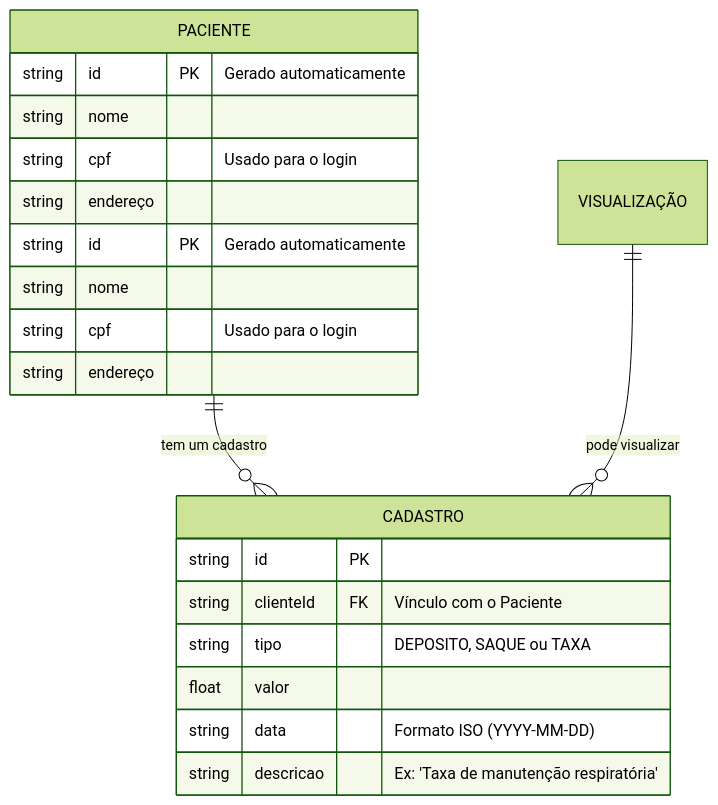
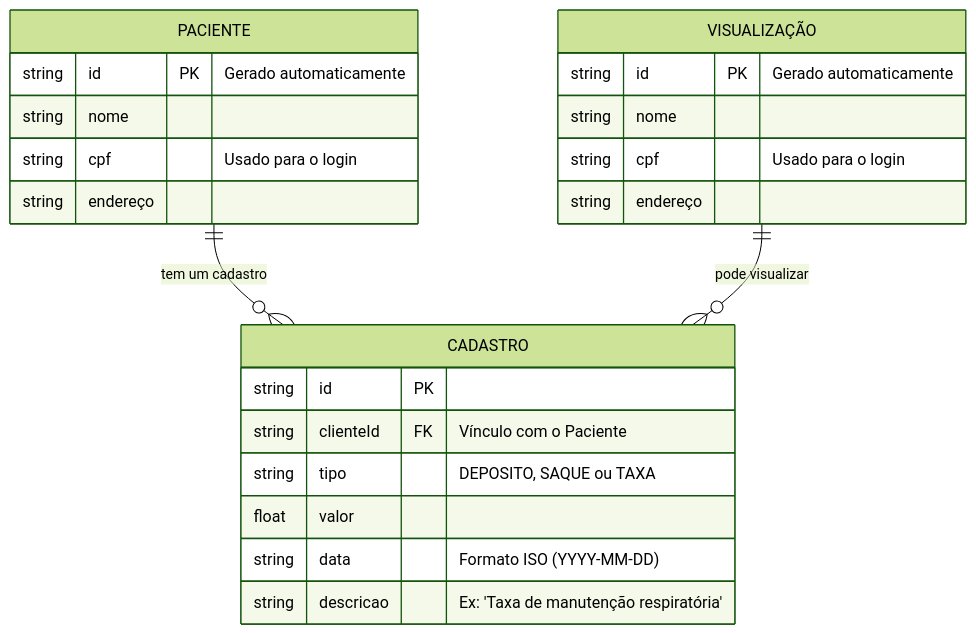
The diagram in Docs/spec.md (fehliperamos4/projeto-v1), drawn with Mermaid (forest theme) before and after one commit.

````diff
--- a/Docs/spec.md
+++ b/Docs/spec.md
@@ -9,25 +9,25 @@
 ```mermaid
 erDiagram
 PACIENTE ||--o{ CADASTRO : "tem um cadastro"
 PACIENTE {
 string id PK "Gerado automaticamente"
 string nome
 string cpf "Usado para o login"
 string endereço
 }
 CADASTRO {
 string id PK
 string clienteId FK "Vínculo com o Paciente"
 string tipo "DEPOSITO, SAQUE ou TAXA"
 float valor
 string data "Formato ISO (YYYY-MM-DD)"
 string descricao "Ex: 'Taxa de manutenção respiratória'"
 }
 VISUALIZAÇÃO ||--o{ CADASTRO : "pode visualizar"
-PACIENTE {
+VISUALIZAÇÃO {
 string id PK "Gerado automaticamente"
 string nome
 string cpf "Usado para o login"
 string endereço
 }
 ```
````
